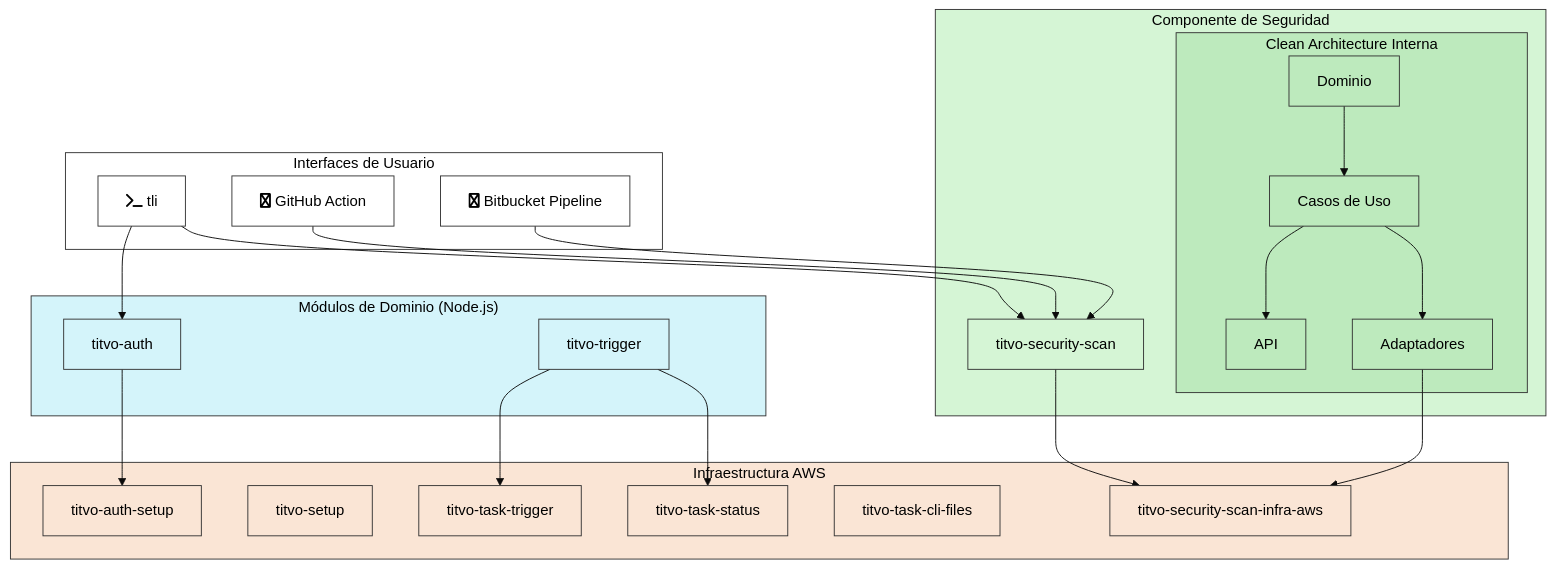
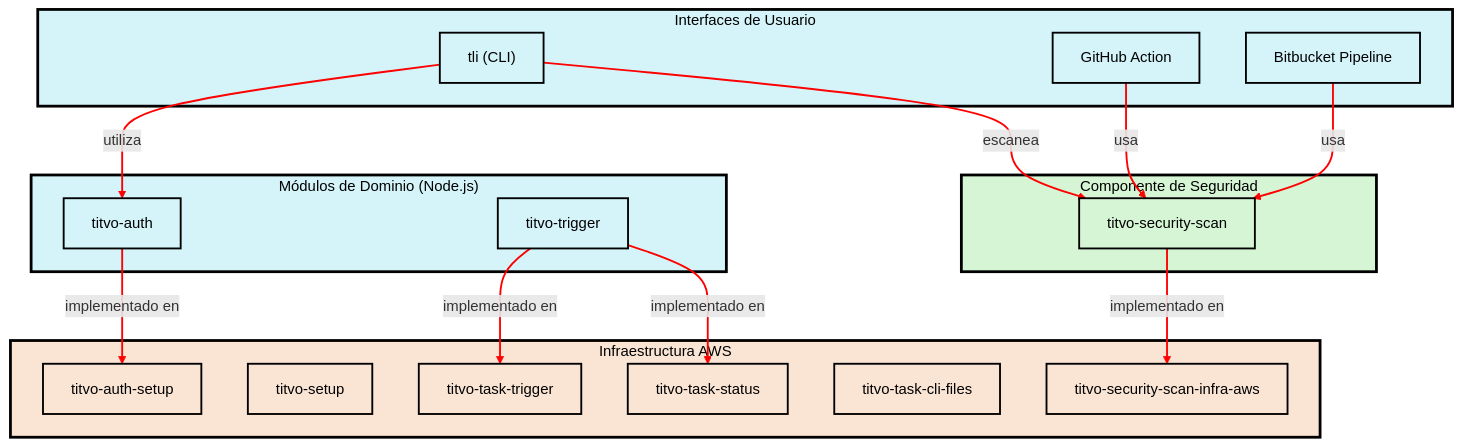
One commit to KaribuLab/titvo changed the diagram in README.md. Above: the diagram before and after it, drawn with Mermaid.

Commit message:
docs: Actualización del diagrama de arquitectura en el README.md, mejorando la visibilidad y el contraste de los elementos para facilitar su comprensión en diferentes modos de visualización.

````diff
--- a/README.md
+++ b/README.md
@@ -54,83 +54,91 @@
 ```mermaid
-%%{init: {'theme': 'base', 'themeVariables': { 'primaryColor': '#ffffff', 'primaryTextColor': '#000000', 'primaryBorderColor': '#555555', 'secondaryColor': '#ffffff', 'tertiaryColor': '#ffffff' }}}%%
-graph TD
-    %% Definición de estilos con textos oscuros para visibilidad en modo claro/oscuro
-    classDef interfaces fill:#ffffff,stroke:#333,stroke-width:1px,color:#000000;
-    classDef dominio fill:#d4f4fa,stroke:#333,stroke-width:1px,color:#000000;
-    classDef seguridad fill:#d5f5d5,stroke:#333,stroke-width:1px,color:#000000;
-    classDef securityInternals fill:#bdeabd,stroke:#333,stroke-width:1px,color:#000000;
-    classDef infraestructura fill:#fae5d5,stroke:#333,stroke-width:1px,color:#000000;
-
-    %% Interfaces de Usuario
-    subgraph Interfaces["Interfaces de Usuario"]
-        CLI[fa:fa-terminal tli]
-        GH[fa:fa-github GitHub Action]
-        BB[fa:fa-git Bitbucket Pipeline]
+flowchart TD
+    %% Definimos los nodos con colores que funcionen en modo claro y oscuro
+    style CLI fill:#d4f4fa,stroke:#000000,stroke-width:2px,color:#000000
+    style GH fill:#d4f4fa,stroke:#000000,stroke-width:2px,color:#000000
+    style BB fill:#d4f4fa,stroke:#000000,stroke-width:2px,color:#000000
+    
+    style Auth fill:#d4f4fa,stroke:#000000,stroke-width:2px,color:#000000
+    style Trigger fill:#d4f4fa,stroke:#000000,stroke-width:2px,color:#000000
+    
+    style Scan fill:#d5f5d5,stroke:#000000,stroke-width:2px,color:#000000
+    
+    style AuthSetup fill:#fae5d5,stroke:#000000,stroke-width:2px,color:#000000
+    style Setup fill:#fae5d5,stroke:#000000,stroke-width:2px,color:#000000
+    style TaskTrigger fill:#fae5d5,stroke:#000000,stroke-width:2px,color:#000000
+    style TaskStatus fill:#fae5d5,stroke:#000000,stroke-width:2px,color:#000000
+    style TaskCliFiles fill:#fae5d5,stroke:#000000,stroke-width:2px,color:#000000
+    style ScanInfra fill:#fae5d5,stroke:#000000,stroke-width:2px,color:#000000
+    
+    %% Interfaces
+    CLI["tli (CLI)"]
+    GH["GitHub Action"]
+    BB["Bitbucket Pipeline"]
+    
+    %% Módulos de Dominio
+    Auth["titvo-auth"]
+    Trigger["titvo-trigger"]
+    
+    %% Seguridad
+    Scan["titvo-security-scan"]
+    
+    %% Infraestructura
+    AuthSetup["titvo-auth-setup"]
+    Setup["titvo-setup"]
+    TaskTrigger["titvo-task-trigger"]
+    TaskStatus["titvo-task-status"]
+    TaskCliFiles["titvo-task-cli-files"]
+    ScanInfra["titvo-security-scan-infra-aws"]
+    
+    %% Conexiones con color rojo brillante para alta visibilidad
+    CLI -- "utiliza" --> Auth
+    CLI -- "escanea" --> Scan
+    GH -- "usa" --> Scan
+    BB -- "usa" --> Scan
+    
+    Auth -- "implementado en" --> AuthSetup
+    Trigger -- "implementado en" --> TaskTrigger
+    Trigger -- "implementado en" --> TaskStatus
+    
+    Scan -- "implementado en" --> ScanInfra
+    
+    %% Etiquetas para los grupos
+    subgraph Interfaces[" Interfaces de Usuario "]
+        CLI
+        GH
+        BB
     end
-    class Interfaces interfaces;
-    class CLI interfaces;
-    class GH interfaces;
-    class BB interfaces;
-
-    %% Módulos de Dominio
-    subgraph Dominio["Módulos de Dominio (Node.js)"]
-        Auth[titvo-auth]
-        Trigger[titvo-trigger]
+    
+    subgraph Domain[" Módulos de Dominio (Node.js) "]
+        Auth
+        Trigger
     end
-    class Dominio dominio;
-    class Auth dominio;
-    class Trigger dominio;
-
-    %% Componente de Seguridad
-    subgraph Security["Componente de Seguridad"]
-        Scan[titvo-security-scan]
-        
-        subgraph ScanInternals["Clean Architecture Interna"]
-            Domain[Dominio]
-            UseCases[Casos de Uso]
-            API[API]
-            Adapters[Adaptadores]
-        end
+    
+    subgraph Security[" Componente de Seguridad "]
+        Scan
     end
-    class Security seguridad;
-    class Scan seguridad;
-    class ScanInternals securityInternals;
-    class Domain securityInternals;
-    class UseCases securityInternals;
-    class API securityInternals;
-    class Adapters securityInternals;
-
-    %% Infraestructura AWS
-    subgraph Infra["Infraestructura AWS"]
-        AuthSetup[titvo-auth-setup]
-        Setup[titvo-setup]
-        TaskTrigger[titvo-task-trigger]
-        TaskStatus[titvo-task-status]
-        TaskCliFiles[titvo-task-cli-files]
-        ScanInfra[titvo-security-scan-infra-aws]
+    
+    subgraph Infra[" Infraestructura AWS "]
+        AuthSetup
+        Setup
+        TaskTrigger
+        TaskStatus
+        TaskCliFiles
+        ScanInfra
     end
-    class Infra infraestructura;
-    class AuthSetup infraestructura;
-    class Setup infraestructura;
-    class TaskTrigger infraestructura;
-    class TaskStatus infraestructura;
-    class TaskCliFiles infraestructura;
-    class ScanInfra infraestructura;
-
-    %% Conexiones
-    CLI --> Auth
-    CLI --> Scan
-    GH --> Scan
-    BB --> Scan
     
-    Auth --> AuthSetup
-    Trigger --> TaskTrigger
-    Trigger --> TaskStatus
+    style Interfaces fill:#d4f4fa,stroke:#000000,stroke-width:3px,color:#000000
+    style Domain fill:#d4f4fa,stroke:#000000,stroke-width:3px,color:#000000
+    style Security fill:#d5f5d5,stroke:#000000,stroke-width:3px,color:#000000
+    style Infra fill:#fae5d5,stroke:#000000,stroke-width:3px,color:#000000
     
-    Scan --> ScanInfra
-    
-    Domain --> UseCases
-    UseCases --> API
-    UseCases --> Adapters
-    Adapters --> ScanInfra
+    %% Estilo de enlaces con color rojo para alta visibilidad
+    linkStyle 0 stroke:#FF0000,stroke-width:2px;
+    linkStyle 1 stroke:#FF0000,stroke-width:2px;
+    linkStyle 2 stroke:#FF0000,stroke-width:2px;
+    linkStyle 3 stroke:#FF0000,stroke-width:2px;
+    linkStyle 4 stroke:#FF0000,stroke-width:2px;
+    linkStyle 5 stroke:#FF0000,stroke-width:2px;
+    linkStyle 6 stroke:#FF0000,stroke-width:2px;
+    linkStyle 7 stroke:#FF0000,stroke-width:2px;
 ```
````
